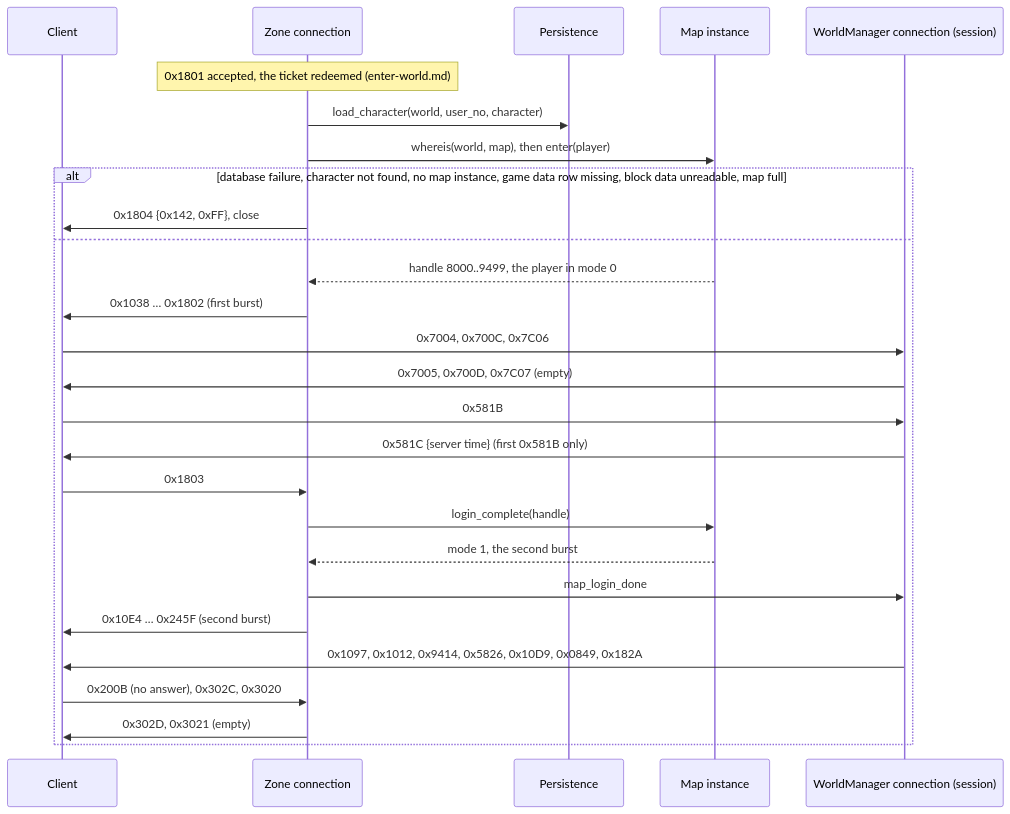
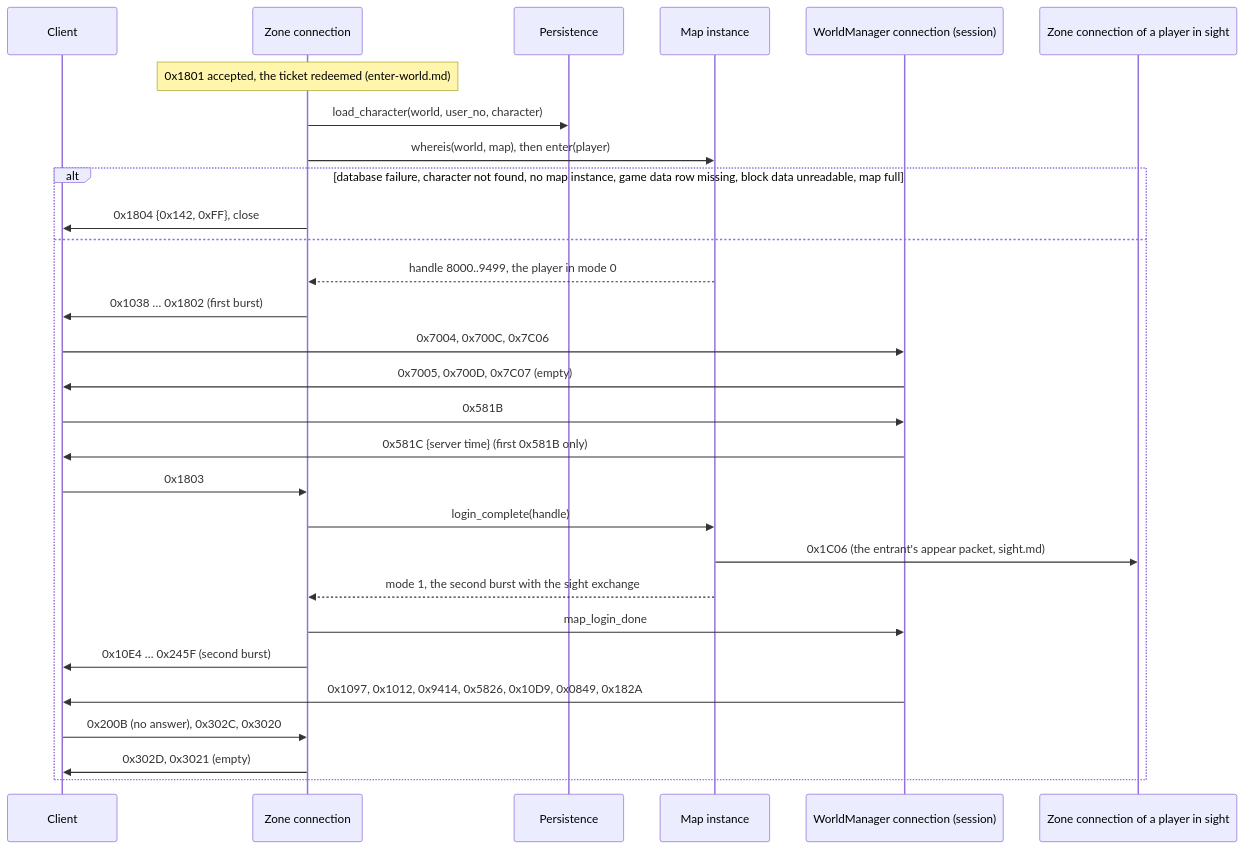
The diagram in server/docs/technical/flows/map-entry.md (wbpascal/pinata), drawn with Mermaid before and after one commit. The commit also changed other lines of this file and 31 other files, not shown here.

Commit message:
Sight: appear, disappear, the entry exchange and standing NPCs (#109)

````diff
--- a/server/docs/technical/flows/map-entry.md
+++ b/server/docs/technical/flows/map-entry.md
@@ -5,29 +5,31 @@
 ```mermaid
 sequenceDiagram
     participant C as Client
     participant Z as Zone connection
     participant P as Persistence
     participant I as Map instance
     participant M as WorldManager connection (session)
+    participant O as Zone connection of a player in sight
     Note over Z: 0x1801 accepted, the ticket redeemed (enter-world.md)
     Z->>P: load_character(world, user_no, character)
     Z->>I: whereis(world, map), then enter(player)
     alt database failure, character not found, no map instance, game data row missing, block data unreadable, map full
         Z->>C: 0x1804 {0x142, 0xFF}, close
     else
         I-->>Z: handle 8000..9499, the player in mode 0
         Z->>C: 0x1038 … 0x1802 (first burst)
         C->>M: 0x7004, 0x700C, 0x7C06
         M->>C: 0x7005, 0x700D, 0x7C07 (empty)
         C->>M: 0x581B
         M->>C: 0x581C {server time} (first 0x581B only)
         C->>Z: 0x1803
         Z->>I: login_complete(handle)
-        I-->>Z: mode 1, the second burst
+        I->>O: 0x1C06 (the entrant's appear packet, sight.md)
+        I-->>Z: mode 1, the second burst with the sight exchange
         Z->>M: map_login_done
         Z->>C: 0x10E4 … 0x245F (second burst)
         M->>C: 0x1097, 0x1012, 0x9414, 0x5826, 0x10D9, 0x0849, 0x182A
         C->>Z: 0x200B (no answer), 0x302C, 0x3020
         Z->>C: 0x302D, 0x3021 (empty)
     end
 ```
````
